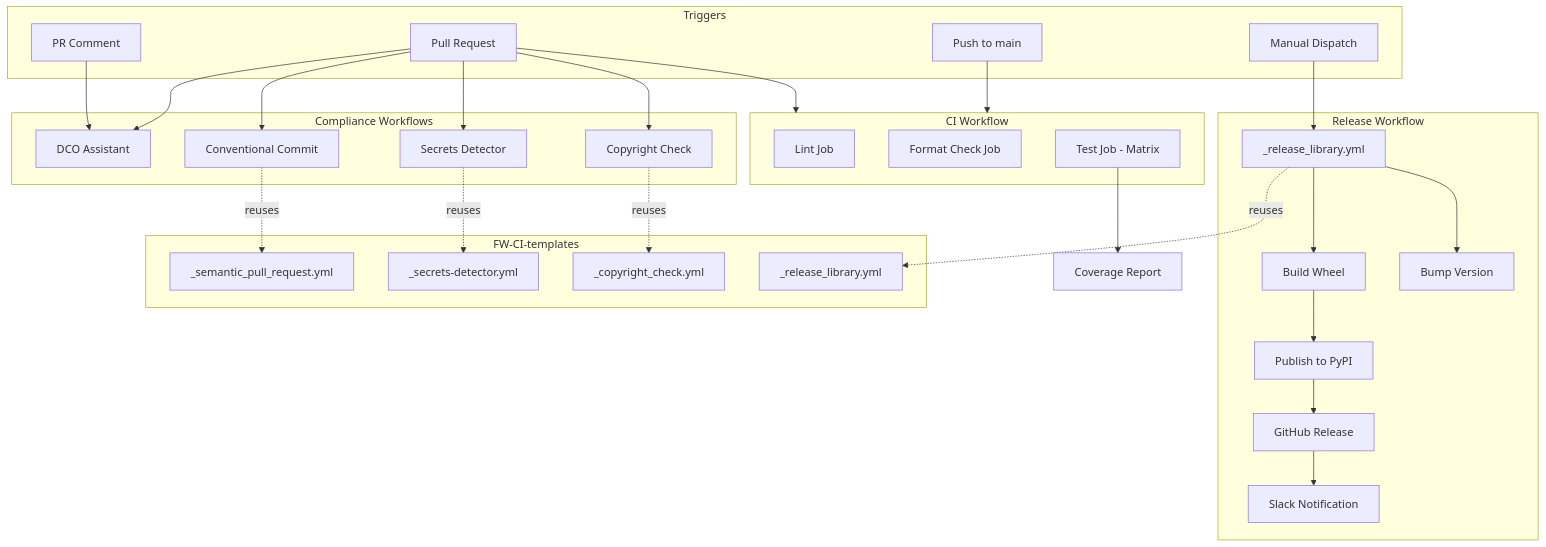
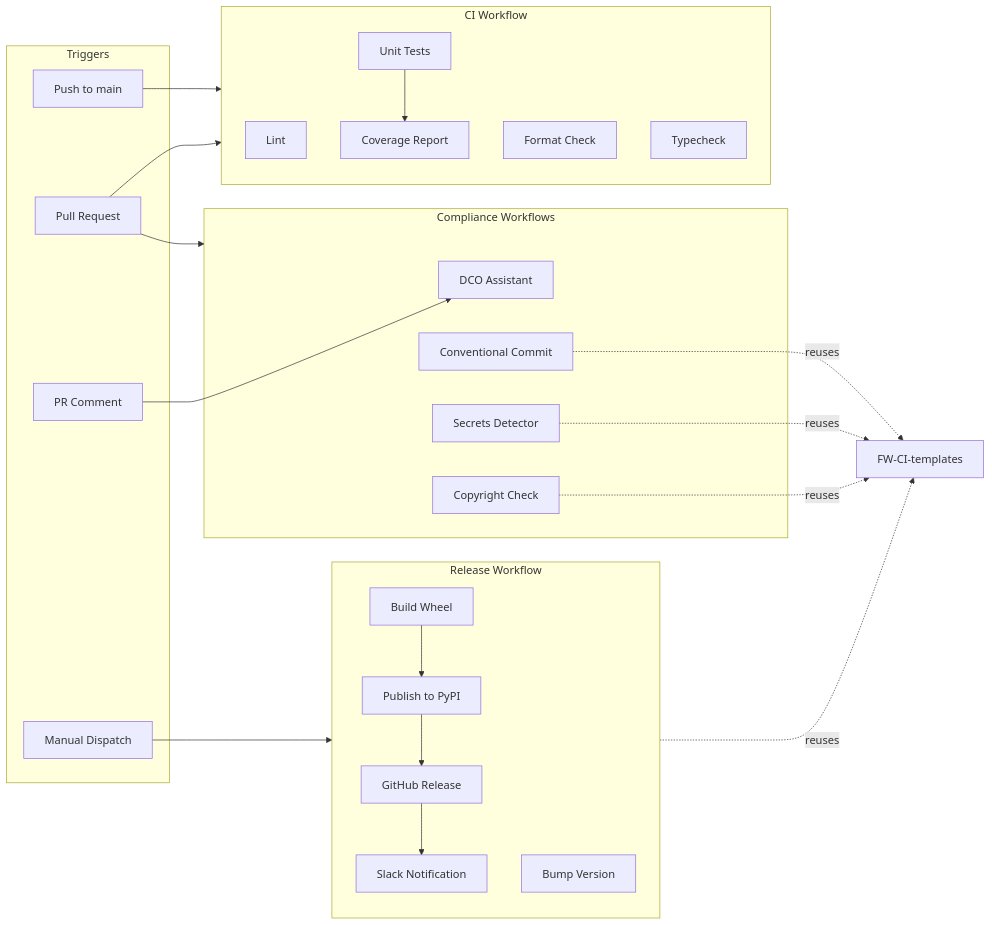
The diagram in .github/workflows/README.md (NVIDIA-NeMo/Safe-Synthesizer), drawn with Mermaid before and after one commit. The commit also changed other lines of this file and 11 other files, not shown here.

````diff
--- a/.github/workflows/README.md
+++ b/.github/workflows/README.md
@@ -18,60 +18,45 @@
 ```mermaid
-flowchart TD
+flowchart LR
     subgraph triggers [Triggers]
         push[Push to main]
         pr[Pull Request]
         comment[PR Comment]
         manual[Manual Dispatch]
     end
 
     subgraph ci [CI Workflow]
-        lint[Lint Job]
-        format[Format Check Job]
-        test[Test Job - Matrix]
+        lint[Lint]
+        format[Format Check]
+        typecheck[Typecheck]
+        test[Unit Tests]
+        test --> coverage[Coverage Report]
     end
 
     subgraph compliance [Compliance Workflows]
         dco[DCO Assistant]
         conventional[Conventional Commit]
         secrets[Secrets Detector]
         copyright[Copyright Check]
     end
 
     subgraph release [Release Workflow]
-        releaseLib[_release_library.yml]
         buildWheel[Build Wheel]
         bumpVersion[Bump Version]
         publishPyPI[Publish to PyPI]
         ghRelease[GitHub Release]
         slackNotify[Slack Notification]
     end
 
-    subgraph templates [FW-CI-templates]
-        tpl_semantic[_semantic_pull_request.yml]
-        tpl_secrets[_secrets-detector.yml]
-        tpl_copyright[_copyright_check.yml]
-        tpl_release[_release_library.yml]
-    end
-
     push --> ci
     pr --> ci
-    pr --> conventional
-    pr --> secrets
-    pr --> copyright
-    pr --> dco
+    pr --> compliance
     comment --> dco
-    manual --> releaseLib
+    manual --> release
 
-    releaseLib --> buildWheel
-    releaseLib --> bumpVersion
-    buildWheel --> publishPyPI
-    publishPyPI --> ghRelease
-    ghRelease --> slackNotify
+    buildWheel --> publishPyPI --> ghRelease --> slackNotify
 
-    conventional -.->|reuses| tpl_semantic
-    secrets -.->|reuses| tpl_secrets
-    copyright -.->|reuses| tpl_copyright
-    releaseLib -.->|reuses| tpl_release
-
-    test --> coverage[Coverage Report]
+    conventional -.->|reuses| FW-CI-templates
+    secrets -.->|reuses| FW-CI-templates
+    copyright -.->|reuses| FW-CI-templates
+    release -.->|reuses| FW-CI-templates
 ```
````
